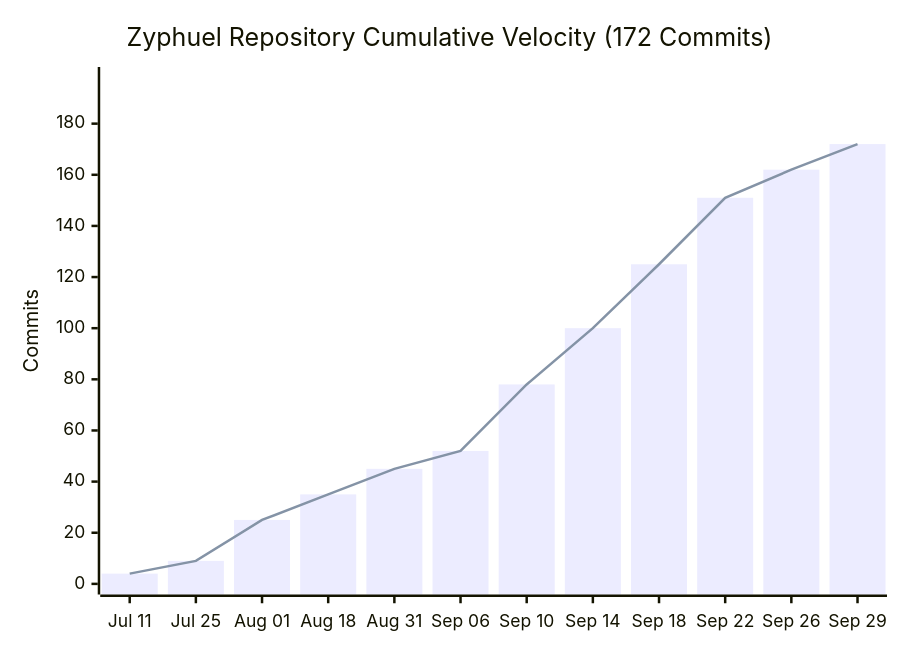
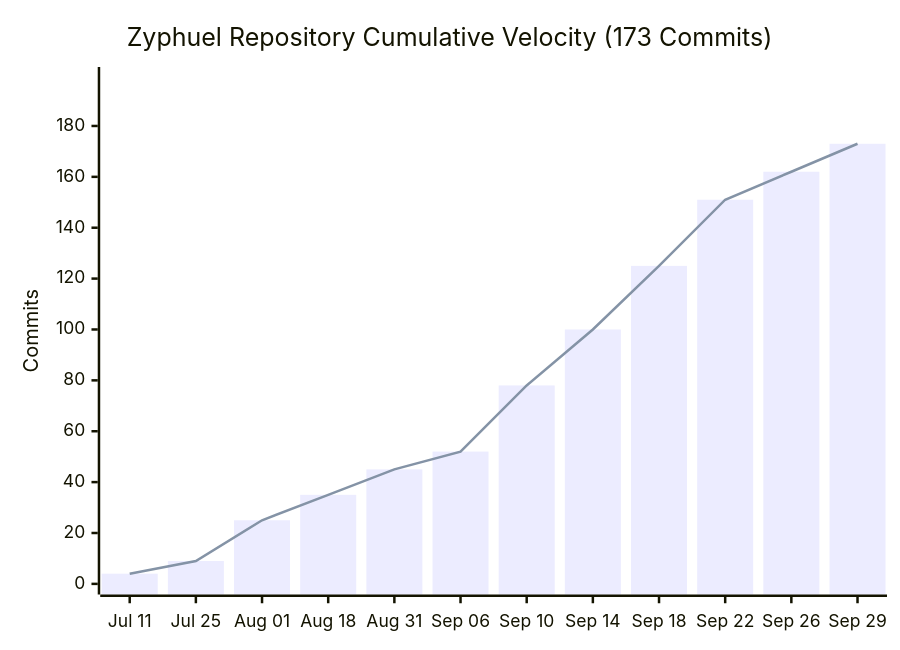
One commit to daniyal44/Zyphuel changed the diagram in README.md. Above: the diagram before and after it, drawn with Mermaid. The commit also changed other lines of this file and 7 other files, not shown here.

Commit message:
chore(graph): auto-update github commit velocity graph [skip ci]

````diff
--- a/README.md
+++ b/README.md
@@ -155,8 +155,8 @@
 ```mermaid
 xychart-beta
-    title "Zyphuel Repository Cumulative Velocity (172 Commits)"
+    title "Zyphuel Repository Cumulative Velocity (173 Commits)"
     x-axis ["Jul 11", "Jul 25", "Aug 01", "Aug 18", "Aug 31", "Sep 06", "Sep 10", "Sep 14", "Sep 18", "Sep 22", "Sep 26", "Sep 29"]
-    y-axis "Commits" 0 --> 198
-    bar [4, 9, 25, 35, 45, 52, 78, 100, 125, 151, 162, 172]
-    line [4, 9, 25, 35, 45, 52, 78, 100, 125, 151, 162, 172]
+    y-axis "Commits" 0 --> 199
+    bar [4, 9, 25, 35, 45, 52, 78, 100, 125, 151, 162, 173]
+    line [4, 9, 25, 35, 45, 52, 78, 100, 125, 151, 162, 173]
 ```
````
